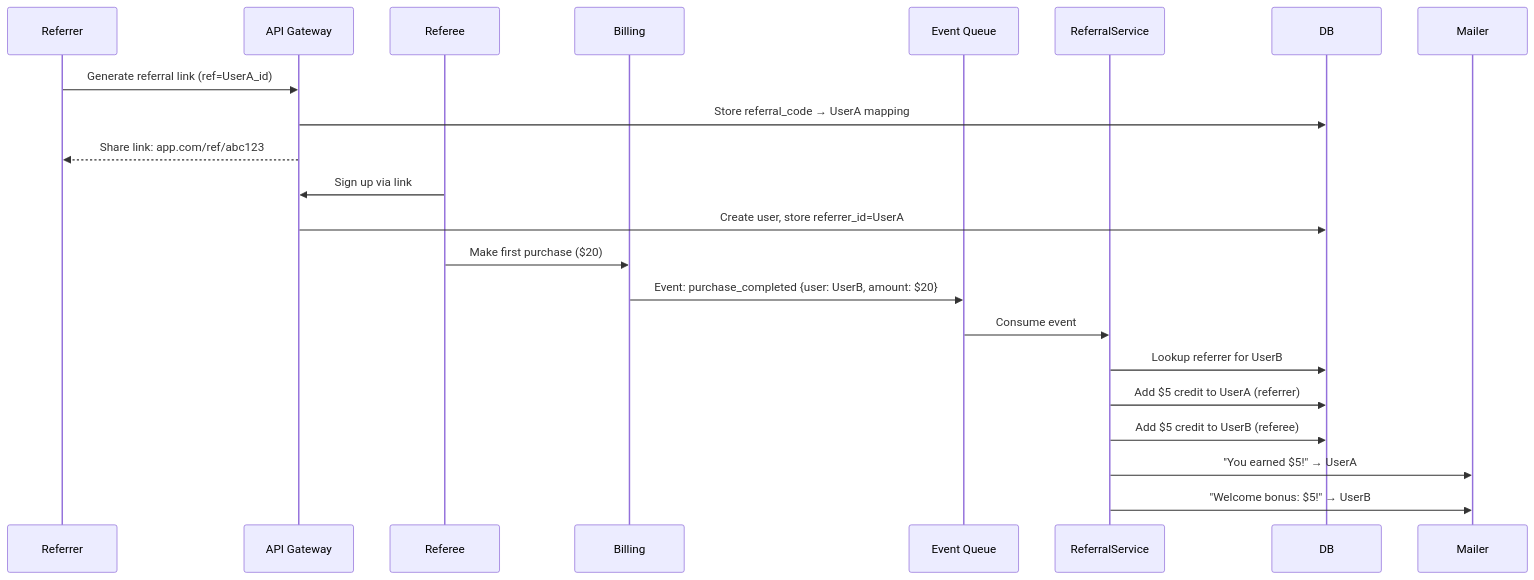
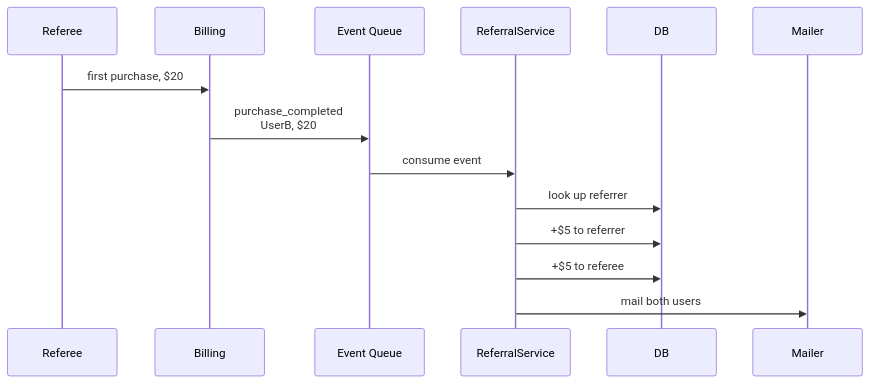
The second of 2 diagrams in skills/brainstorming/examples/demo_complex.md (MatrixFounder/Universal-skills), drawn with Mermaid before and after one commit. The commit also changed other lines of this file and 10 other files, not shown here.

````diff
--- a/skills/brainstorming/examples/demo_complex.md
+++ b/skills/brainstorming/examples/demo_complex.md
@@ -68,28 +91,19 @@
 ```mermaid
+%%{init: {"look": "classic", "themeVariables": {"noteBkgColor": "#FFF8E1", "noteTextColor": "#263238", "noteBorderColor": "#C9A227"}, "sequence": {"wrap": true}}}%%
 sequenceDiagram
-    participant UserA as Referrer
-    participant API as API Gateway
-    participant UserB as Referee
-    participant Billing
-    participant Queue as Event Queue
-    participant RefSvc as ReferralService
-    participant DB
-    participant Mailer
-
-    UserA->>API: Generate referral link (ref=UserA_id)
-    API->>DB: Store referral_code → UserA mapping
-    API-->>UserA: Share link: app.com/ref/abc123
-
-    UserB->>API: Sign up via link
-    API->>DB: Create user, store referrer_id=UserA
-
-    UserB->>Billing: Make first purchase ($20)
-    Billing->>Queue: Event: purchase_completed {user: UserB, amount: $20}
-
-    Queue->>RefSvc: Consume event
-    RefSvc->>DB: Lookup referrer for UserB
-    RefSvc->>DB: Add $5 credit to UserA (referrer)
-    RefSvc->>DB: Add $5 credit to UserB (referee)
-    RefSvc->>Mailer: "You earned $5!" → UserA
-    RefSvc->>Mailer: "Welcome bonus: $5!" → UserB
+  accTitle: First purchase and the two credits
+  accDescr: The purchase event reaches the referral service through the queue, which credits both users and mails them.
+  participant UserB as Referee
+  participant Billing
+  participant Queue as Event Queue
+  participant RefSvc as ReferralService
+  participant DB
+  participant Mailer
+  UserB->>Billing: first purchase, $20
+  Billing->>Queue: purchase_completed<br/>UserB, $20
+  Queue->>RefSvc: consume event
+  RefSvc->>DB: look up referrer
+  RefSvc->>DB: +$5 to referrer
+  RefSvc->>DB: +$5 to referee
+  RefSvc->>Mailer: mail both users
 ```
````
